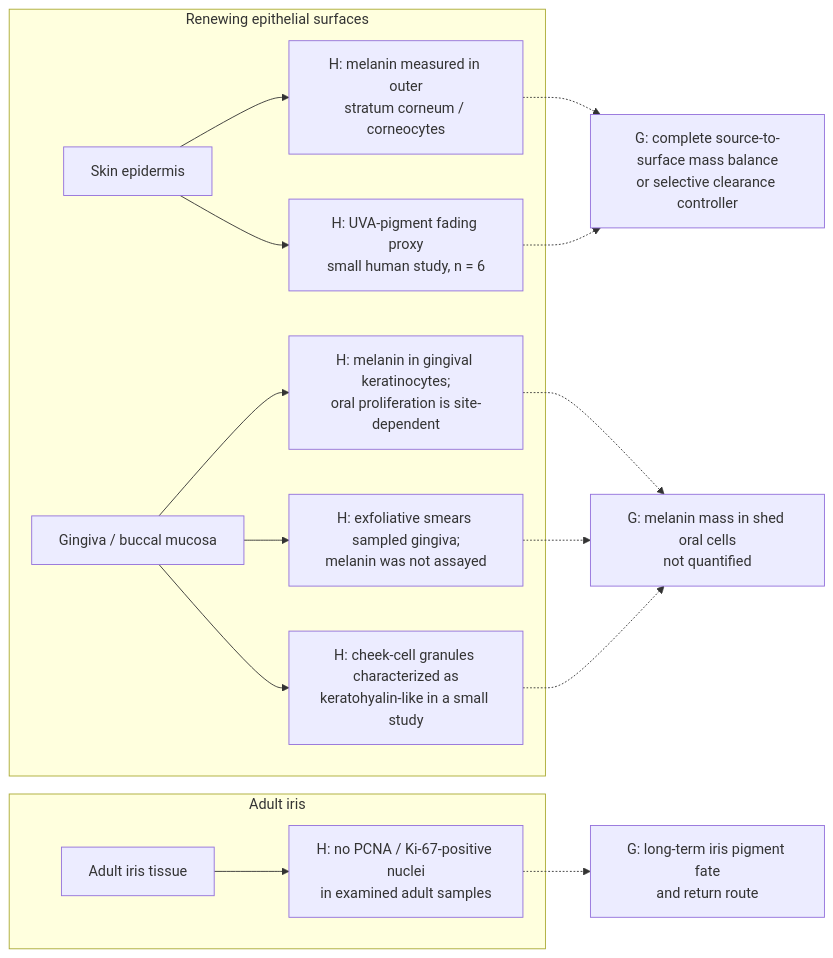
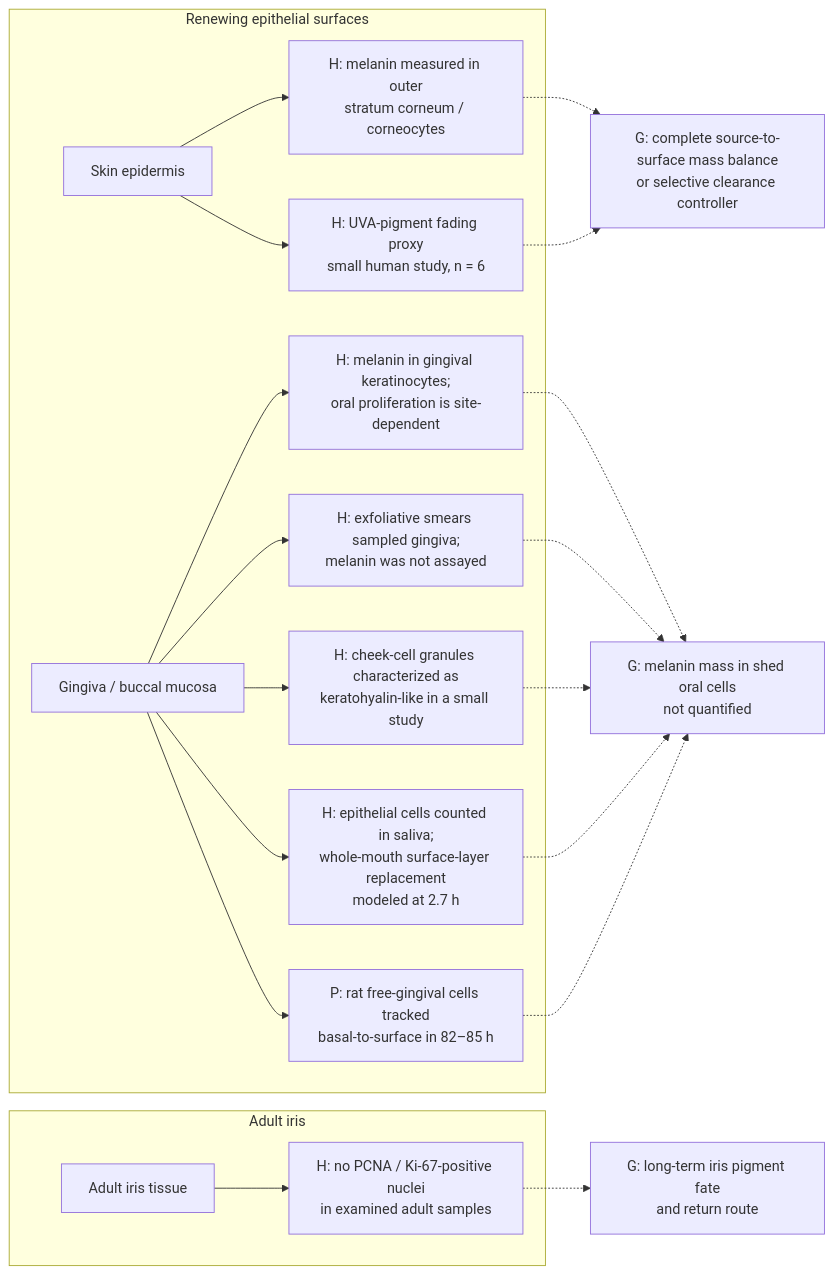
One commit to dylanstechmann/iris-color-without-contacts changed the fifth of 38 diagrams in research/tissue-pigment-atlas.md. Above: the diagram before and after it, drawn with Mermaid. The commit also changed other lines of this file, not shown here.

Commit message:
Add oral epithelial output and transit evidence

````diff
--- a/research/tissue-pigment-atlas.md
+++ b/research/tissue-pigment-atlas.md
@@ -139,19 +139,23 @@
 ```mermaid
 flowchart LR
     subgraph surfaces["Renewing epithelial surfaces"]
         Skin["Skin epidermis"] --> SkinEvidence["H: melanin measured in outer<br/>stratum corneum / corneocytes"]
         Skin --> SkinProxy["H: UVA-pigment fading proxy<br/>small human study, n = 6"]
         Oral["Gingiva / buccal mucosa"] --> OralEvidence["H: melanin in gingival keratinocytes;<br/>oral proliferation is site-dependent"]
         Oral --> ShedCellEvidence["H: exfoliative smears sampled gingiva;<br/>melanin was not assayed"]
         Oral --> ShedGranuleEvidence["H: cheek-cell granules characterized as<br/>keratohyalin-like in a small study"]
+        Oral --> OralShedding["H: epithelial cells counted in saliva;<br/>whole-mouth surface-layer replacement<br/>modeled at 2.7 h"]
+        Oral --> RatTransit["P: rat free-gingival cells tracked<br/>basal-to-surface in 82–85 h"]
     end
     subgraph iris["Adult iris"]
         Iris["Adult iris tissue"] --> IrisEvidence["H: no PCNA / Ki-67-positive nuclei<br/>in examined adult samples"]
     end
     SkinEvidence -.-> SkinGap
     SkinProxy -.-> SkinGap["G: complete source-to-surface mass balance<br/>or selective clearance controller"]
     OralEvidence -.-> OralGap["G: melanin mass in shed oral cells<br/>not quantified"]
     ShedCellEvidence -.-> OralGap
     ShedGranuleEvidence -.-> OralGap
+    OralShedding -.-> OralGap
+    RatTransit -.-> OralGap
     IrisEvidence -.-> IrisGap["G: long-term iris pigment fate<br/>and return route"]
 ```
````
